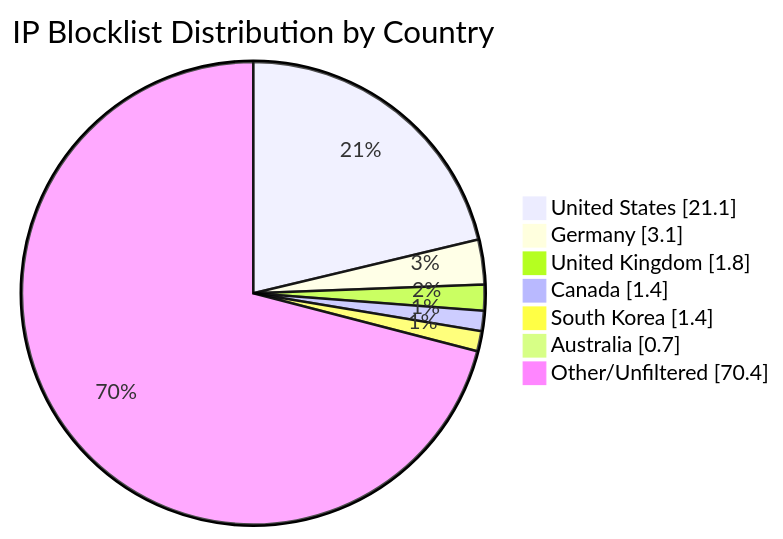
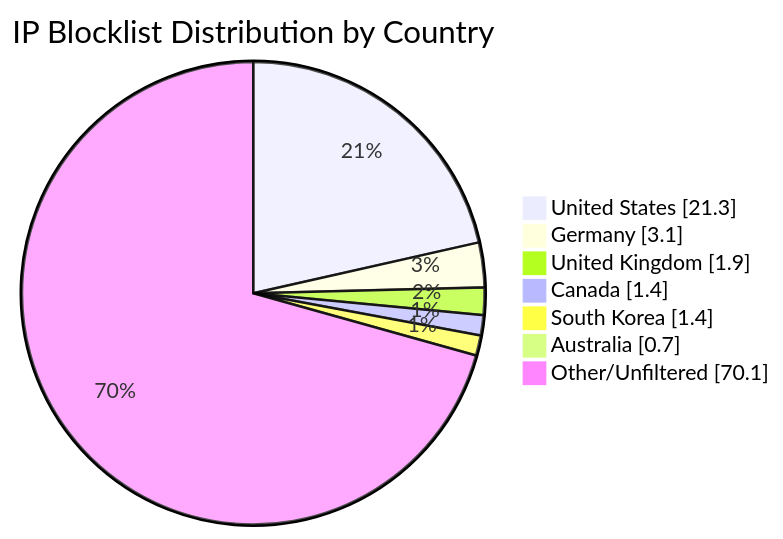
One commit to MarcusHoltz/ipblocklist-geofiltered-aggregator changed the diagram in README.md. Above: the diagram before and after it, drawn with Mermaid. The commit also changed other lines of this file and 9 other files, not shown here.

````diff
--- a/README.md
+++ b/README.md
@@ -34,10 +34,10 @@
 ```mermaid
 pie showData title IP Blocklist Distribution by Country
-"United States" : 21.1
+"United States" : 21.3
 "Germany" : 3.1
-"United Kingdom" : 1.8
+"United Kingdom" : 1.9
 "Canada" : 1.4
 "South Korea" : 1.4
 "Australia" : 0.7
-"Other/Unfiltered" : 70.4
+"Other/Unfiltered" : 70.1
 ```
````
